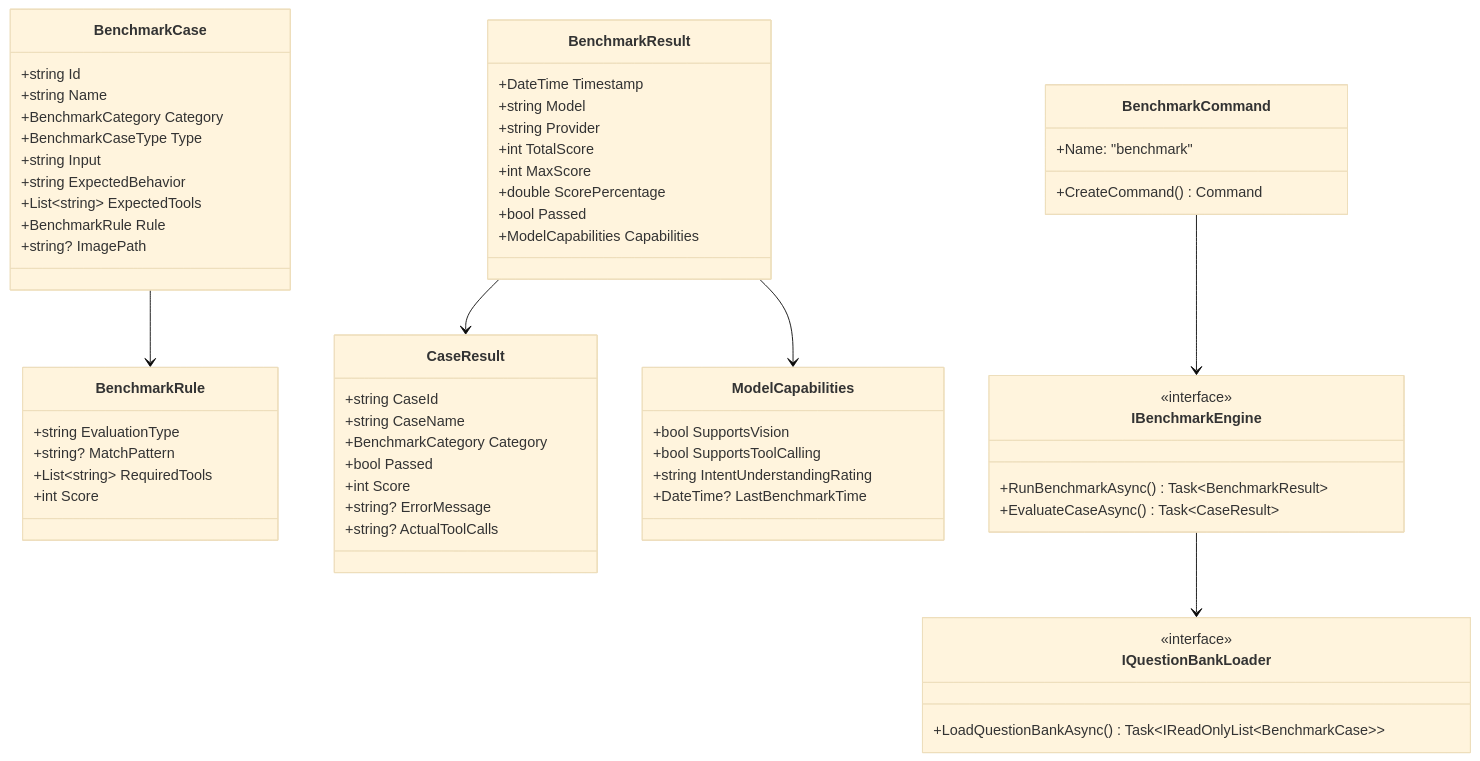
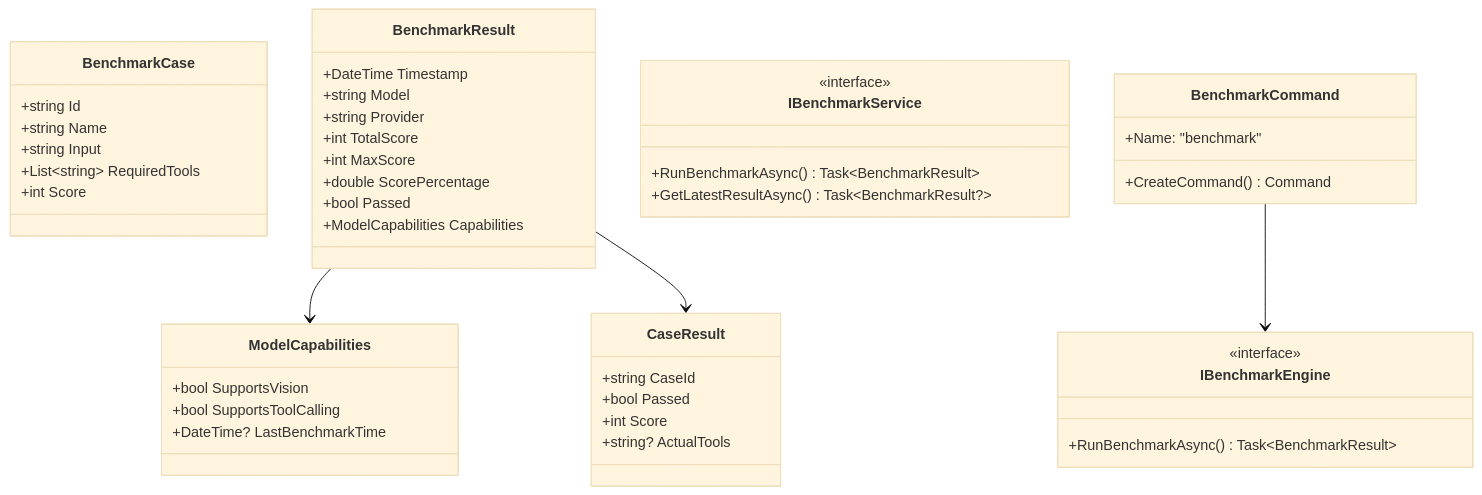
Before and after one commit to mbzcnet/NanoBot.Net: the first of 2 diagrams in doc.ai/solutions/design/Model-Benchmark.md, drawn with Mermaid (base theme). The commit also changed other lines of this file and 8 other files, not shown here.

````diff
--- a/doc.ai/solutions/design/Model-Benchmark.md
+++ b/doc.ai/solutions/design/Model-Benchmark.md
@@ -441,71 +341,54 @@
 ```mermaid
 classDiagram
     class BenchmarkCase {
         +string Id
         +string Name
-        +BenchmarkCategory Category
-        +BenchmarkCaseType Type
         +string Input
-        +string ExpectedBehavior
-        +List~string~ ExpectedTools
-        +BenchmarkRule Rule
-        +string? ImagePath
-    }
-
-    class BenchmarkRule {
-        +string EvaluationType
-        +string? MatchPattern
         +List~string~ RequiredTools
         +int Score
     }
 
     class BenchmarkResult {
         +DateTime Timestamp
         +string Model
         +string Provider
         +int TotalScore
         +int MaxScore
         +double ScorePercentage
         +bool Passed
         +ModelCapabilities Capabilities
     }
 
     class CaseResult {
         +string CaseId
-        +string CaseName
-        +BenchmarkCategory Category
         +bool Passed
         +int Score
-        +string? ErrorMessage
-        +string? ActualToolCalls
+        +string? ActualTools
     }
 
     class ModelCapabilities {
         +bool SupportsVision
         +bool SupportsToolCalling
-        +string IntentUnderstandingRating
         +DateTime? LastBenchmarkTime
     }
 
     class IBenchmarkEngine {
         <<interface>>
         +RunBenchmarkAsync() Task~BenchmarkResult~
-        +EvaluateCaseAsync() Task~CaseResult~
     }
 
-    class IQuestionBankLoader {
+    class IBenchmarkService {
         <<interface>>
-        +LoadQuestionBankAsync() Task~IReadOnlyList~BenchmarkCase~~
+        +RunBenchmarkAsync() Task~BenchmarkResult~
+        +GetLatestResultAsync() Task~BenchmarkResult?~
     }
 
     class BenchmarkCommand {
         +Name: "benchmark"
         +CreateCommand() Command
     }
 
-    BenchmarkCase --> BenchmarkRule
     BenchmarkResult --> ModelCapabilities
     BenchmarkResult --> CaseResult
     BenchmarkCommand --> IBenchmarkEngine
-    IBenchmarkEngine --> IQuestionBankLoader
 ```
````
